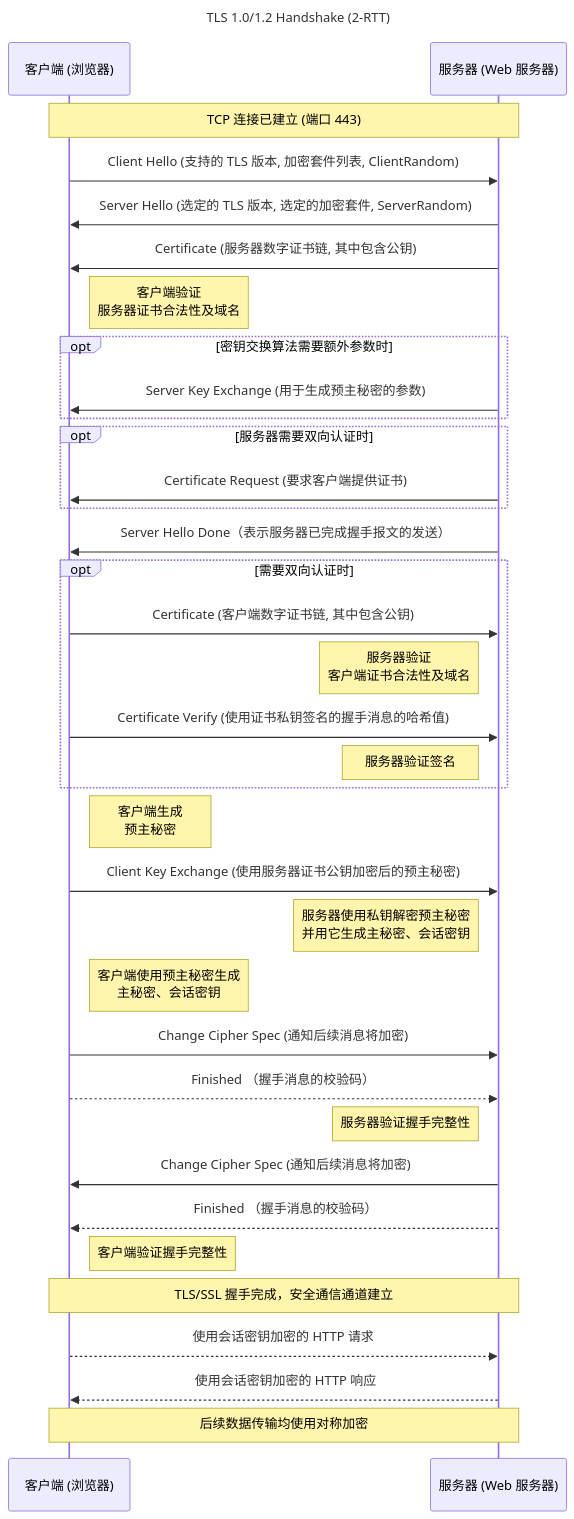
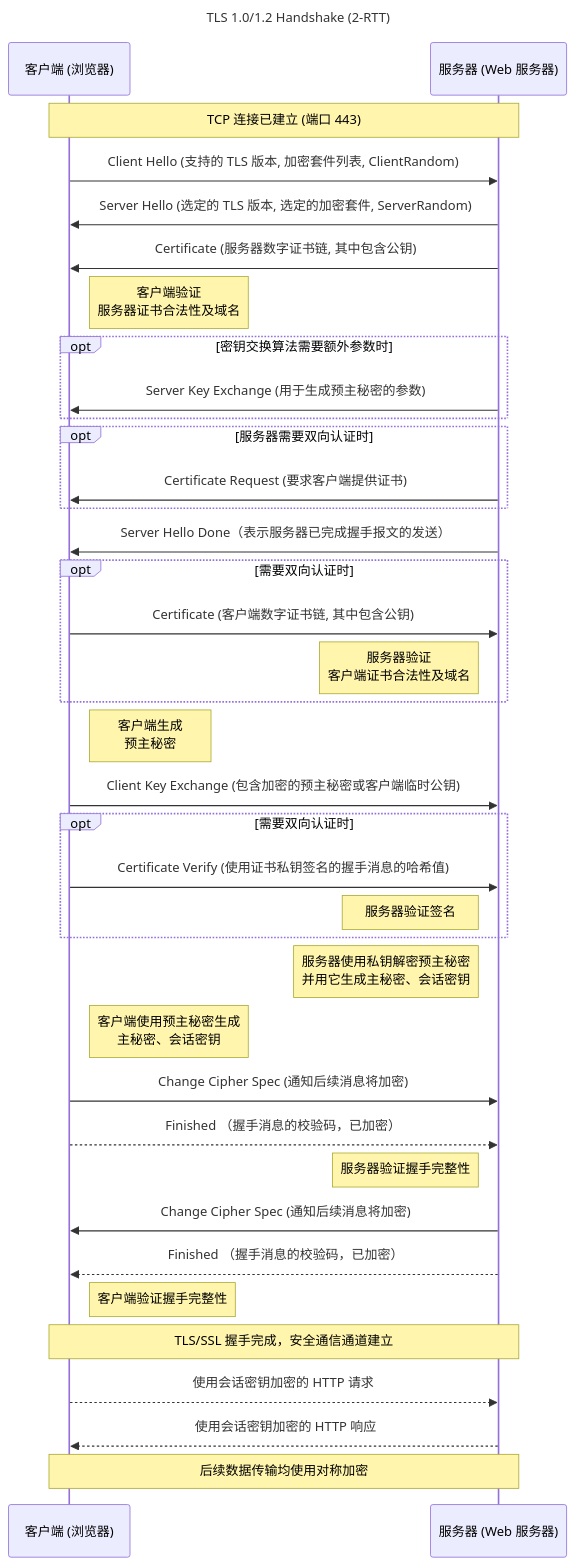
Before and after one commit to ReAllTh/memo: the first of 2 diagrams in _posts/2024-01-07-CNSUM.md, drawn with Mermaid. The commit also changed other lines of this file and 1 other file, not shown here.

Commit message:
update: update tls connection establishment mermaid

````diff
--- a/_posts/2024-01-07-CNSUM.md
+++ b/_posts/2024-01-07-CNSUM.md
@@ -163,40 +163,42 @@
 ```mermaid
 sequenceDiagram
     participant C as 客户端 (浏览器)
     participant S as 服务器 (Web 服务器)
     
     title TLS 1.0/1.2 Handshake (2-RTT)
     
     Note over C,S: TCP 连接已建立 (端口 443)
     C->>S: Client Hello (支持的 TLS 版本, 加密套件列表, ClientRandom)
     S->>C: Server Hello (选定的 TLS 版本, 选定的加密套件, ServerRandom)
     S->>C: Certificate (服务器数字证书链, 其中包含公钥)
     Note right of C: 客户端验证<br/>服务器证书合法性及域名
     opt 密钥交换算法需要额外参数时
-        S->>C: Server Key Exchange (用于生成预主秘密的参数)
+            S->>C: Server Key Exchange (用于生成预主秘密的参数)
     end
     opt 服务器需要双向认证时
         S->>C: Certificate Request (要求客户端提供证书)
     end
     S->>C: Server Hello Done（表示服务器已完成握手报文的发送）
     opt 需要双向认证时
         C->>S: Certificate (客户端数字证书链, 其中包含公钥)
         Note left of S: 服务器验证<br/>客户端证书合法性及域名
+    end
+    Note right of C: 客户端生成<br/>预主秘密
+    C->>S: Client Key Exchange (包含加密的预主秘密或客户端临时公钥)
+    opt 需要双向认证时
         C->>S: Certificate Verify (使用证书私钥签名的握手消息的哈希值)
         Note left of S: 服务器验证签名
     end
-    Note right of C: 客户端生成<br/>预主秘密
-    C->>S: Client Key Exchange (使用服务器证书公钥加密后的预主秘密)
     Note left of S: 服务器使用私钥解密预主秘密<br/>并用它生成主秘密、会话密钥
     Note right of C: 客户端使用预主秘密生成<br/>主秘密、会话密钥
     C->>S: Change Cipher Spec (通知后续消息将加密) 
-    C-->>S: Finished （握手消息的校验码）
+    C-->>S: Finished （握手消息的校验码，已加密）
     Note left of S: 服务器验证握手完整性
     S->>C: Change Cipher Spec (通知后续消息将加密)
-    S-->>C: Finished （握手消息的校验码）
+    S-->>C: Finished （握手消息的校验码，已加密）
     Note right of C: 客户端验证握手完整性
     Note over C,S: TLS/SSL 握手完成，安全通信通道建立
     C-->>S: 使用会话密钥加密的 HTTP 请求
     S-->>C: 使用会话密钥加密的 HTTP 响应
     Note over C,S: 后续数据传输均使用对称加密
 ```
````
